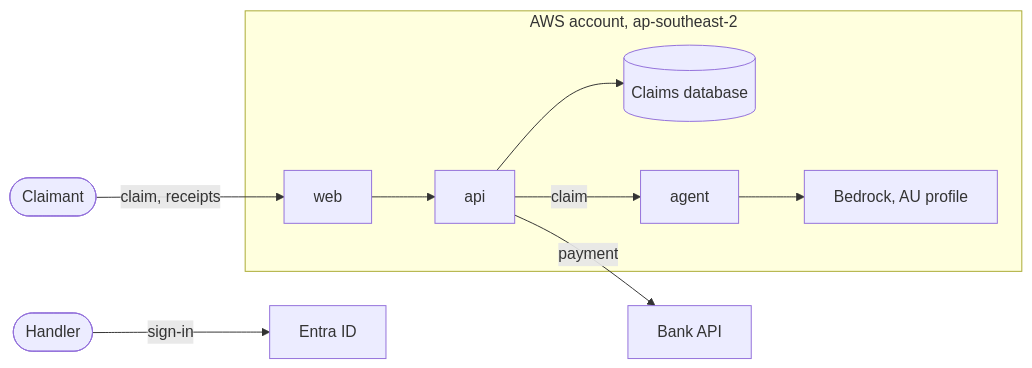
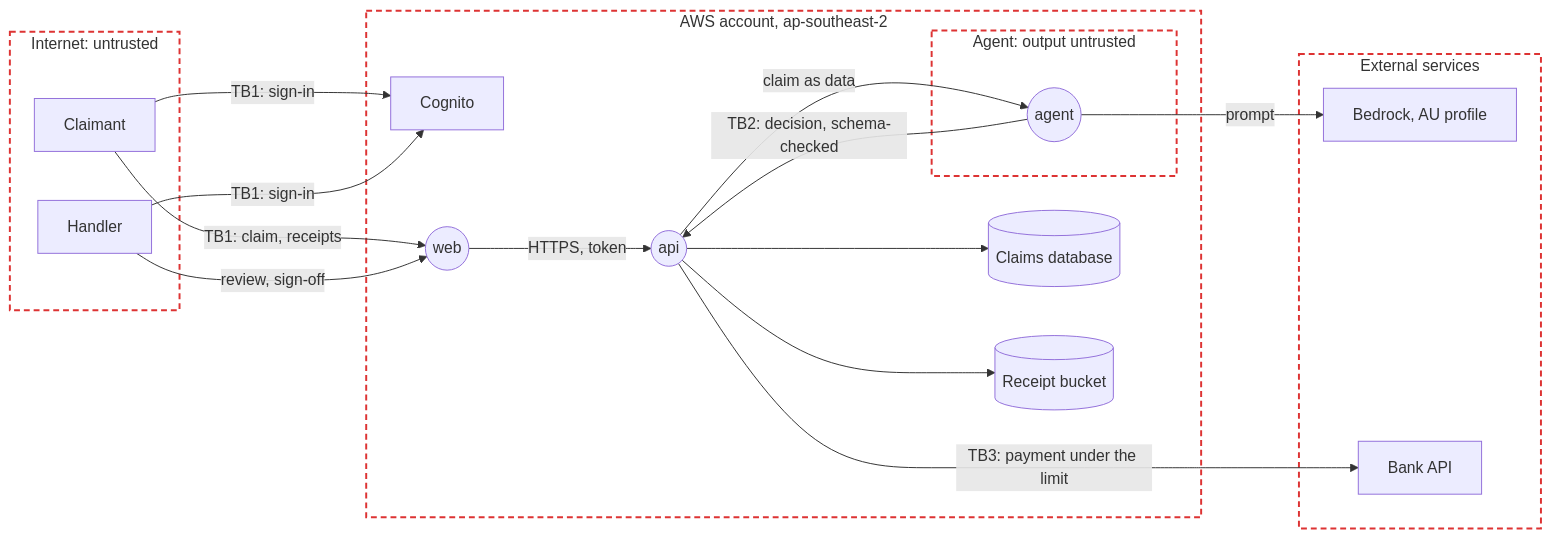
Before and after one commit to euginevd/sdlc-template: the diagram in docs/threat-model.md, drawn with Mermaid. The commit also changed other lines of this file and 6 other files, not shown here.

````diff
--- a/docs/threat-model.md
+++ b/docs/threat-model.md
@@ -13,12 +7,34 @@
 ```mermaid
 flowchart LR
-  claimant([Claimant]) -- claim, receipts --> web
-  handler([Handler]) -- sign-in --> entra[Entra ID]
-  subgraph aws [AWS account, ap-southeast-2]
-    web[web] --> api[api]
-    api --> db[(Claims database)]
-    api -- claim --> agent[agent]
-    agent --> bedrock[Bedrock, AU profile]
+  subgraph internet ["Internet: untrusted"]
+    claimant[Claimant]
+    handler[Handler]
   end
-  api -- payment --> bank[Bank API]
+  subgraph aws ["AWS account, ap-southeast-2"]
+    cognito[Cognito]
+    web((web))
+    api((api))
+    db[(Claims database)]
+    bucket[(Receipt bucket)]
+    subgraph agentzone ["Agent: output untrusted"]
+      agent((agent))
+    end
+  end
+  subgraph third ["External services"]
+    bedrock[Bedrock, AU profile]
+    bank[Bank API]
+  end
+  claimant -- "TB1: claim, receipts" --> web
+  claimant -- "TB1: sign-in" --> cognito
+  handler -- "TB1: sign-in" --> cognito
+  handler -- "review, sign-off" --> web
+  web -- "HTTPS, token" --> api
+  api --> db
+  api --> bucket
+  api -- "claim as data" --> agent
+  agent -- prompt --> bedrock
+  agent -- "TB2: decision, schema-checked" --> api
+  api -- "TB3: payment under the limit" --> bank
+  classDef boundary fill:none,stroke:#d33,stroke-width:2px,stroke-dasharray:6 4
+  class internet,aws,agentzone,third boundary
 ```
````
